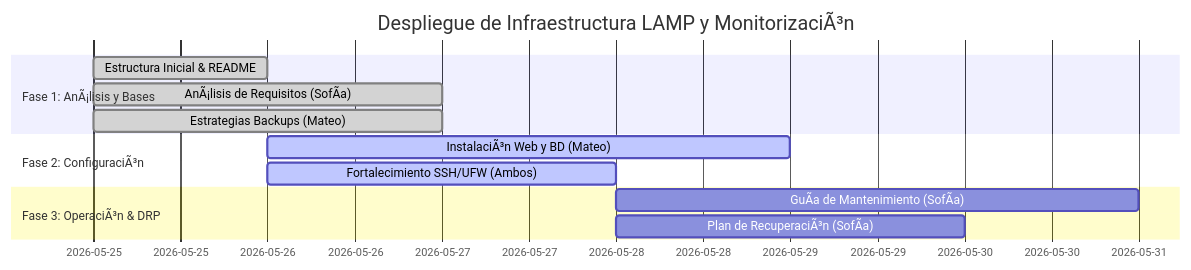
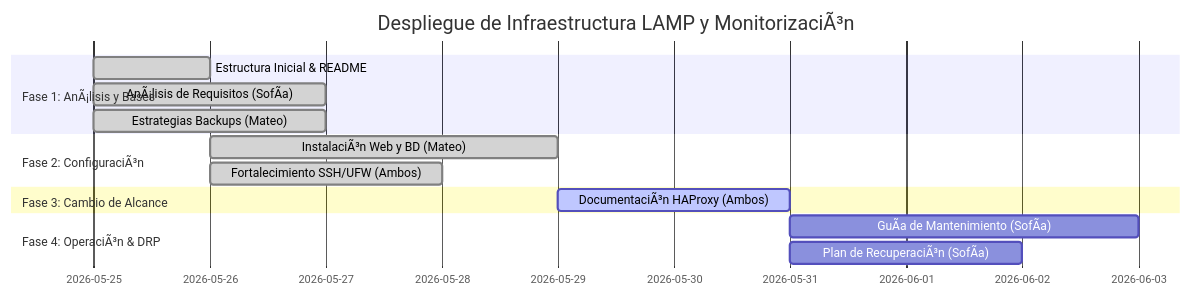
The diagram in docs/03-planificacion.md (vjp-nazaretRM/infraestructura-LAMP), drawn with Mermaid before and after one commit. The commit also changed other lines of this file and 1 other file, not shown here.

Commit message:
ActualizaciÃ³n de diseÃ±o y planificaciÃ³n para integrar balanceador HAProxy (#7)

````diff
--- a/docs/03-planificacion.md
+++ b/docs/03-planificacion.md
@@ -7,15 +7,17 @@
 ```mermaid
 gantt
     title Despliegue de Infraestructura LAMP y MonitorizaciÃ³n
     dateFormat  YYYY-MM-DD
     section Fase 1: AnÃ¡lisis y Bases
     Estructura Inicial & README    :done, s1, 2026-05-25, 1d
     AnÃ¡lisis de Requisitos (SofÃ­a) :done, s2, 2026-05-25, 2d
     Estrategias Backups (Mateo)    :done, s3, 2026-05-25, 2d
     section Fase 2: ConfiguraciÃ³n
-    InstalaciÃ³n Web y BD (Mateo)  :active, s4, 2026-05-26, 3d
-    Fortalecimiento SSH/UFW (Ambos):active, s5, 2026-05-26, 2d
-    section Fase 3: OperaciÃ³n & DRP
-    GuÃ­a de Mantenimiento (SofÃ­a) :s6, 2026-05-28, 3d
-    Plan de RecuperaciÃ³n (SofÃ­a)  :s7, 2026-05-28, 2d
+    InstalaciÃ³n Web y BD (Mateo)  :done, s4, 2026-05-26, 3d
+    Fortalecimiento SSH/UFW (Ambos):done, s5, 2026-05-26, 2d
+    section Fase 3: Cambio de Alcance
+    DocumentaciÃ³n HAProxy (Ambos)  :active, s6, 2026-05-29, 2d
+    section Fase 4: OperaciÃ³n & DRP
+    GuÃ­a de Mantenimiento (SofÃ­a) :s7, 2026-05-31, 3d
+    Plan de RecuperaciÃ³n (SofÃ­a)  :s8, 2026-05-31, 2d
 ```
````
